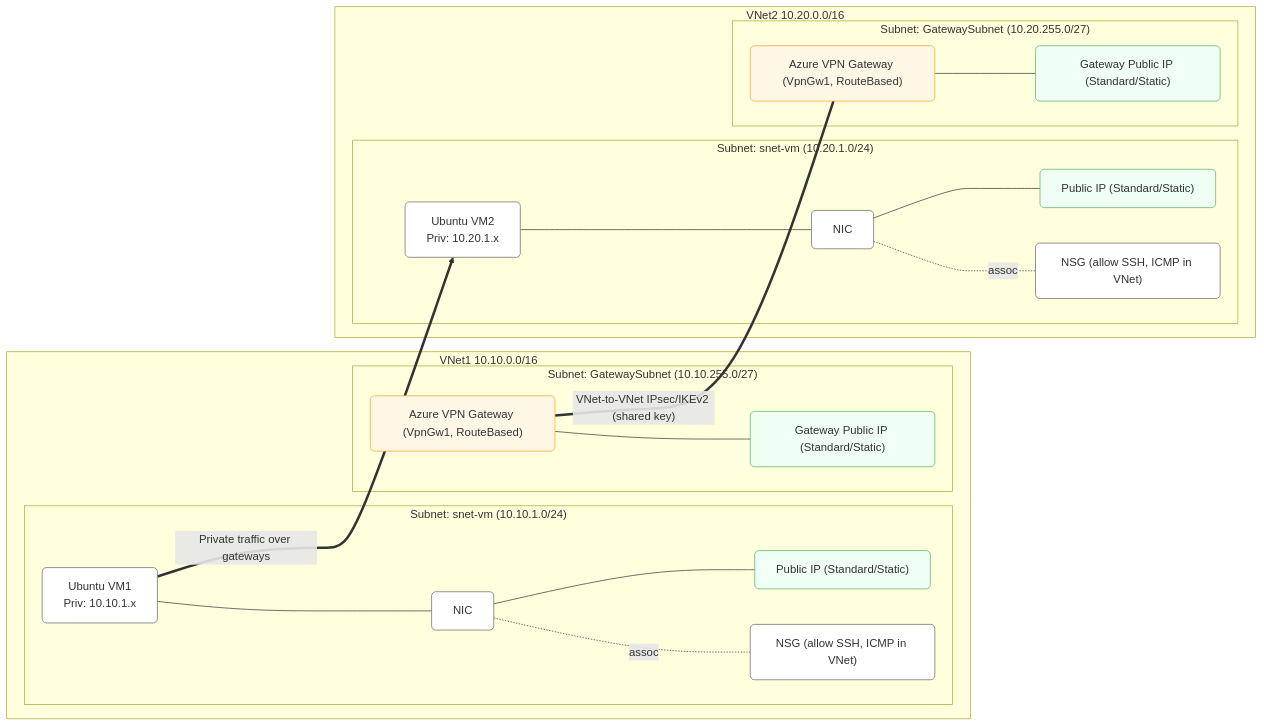
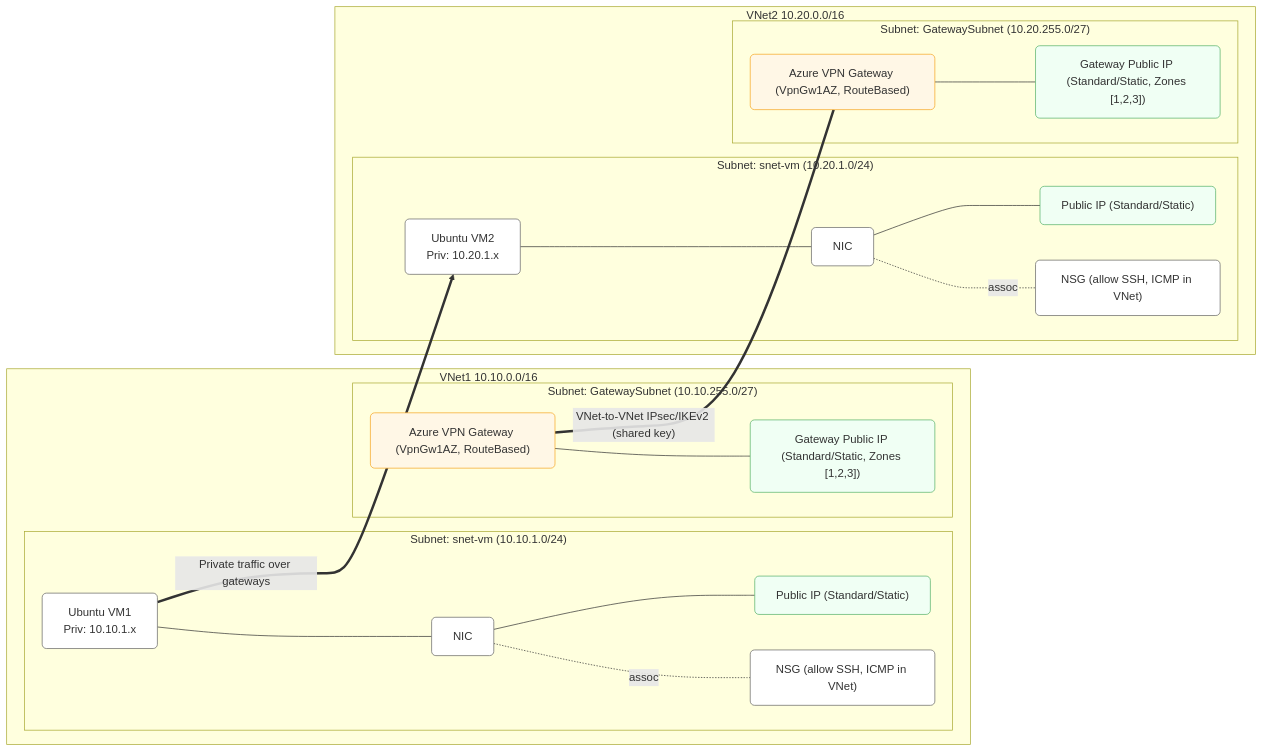
One commit to mildronize/azure-vpn-gateway-with-vm changed the diagram in README.md. Above: the diagram before and after it, drawn with Mermaid. The commit also changed other lines of this file, not shown here.

Commit message:
Update README.md to enhance architecture overview and clarify VPN gateway details

````diff
--- a/README.md
+++ b/README.md
@@ -6,73 +23,60 @@
 ```mermaid
 flowchart LR
   %% ======= Styles =======
   classDef vnet fill:#eaf4ff,stroke:#4a90e2,stroke-width:1px,rx:8px,ry:8px
   classDef subnet fill:#ffffff,stroke:#9fbbe7,rx:6px,ry:6px
   classDef res fill:#fff,stroke:#666,rx:6px,ry:6px
   classDef gw fill:#fff7e6,stroke:#f5a623,rx:6px,ry:6px
   classDef pip fill:#f0fff4,stroke:#57b26a,rx:6px,ry:6px
   classDef nsg fill:#f9f9f9,stroke:#999,stroke-dasharray:3 3,rx:6px,ry:6px
 
-  %% ======= VNet 1 =======
   subgraph V1["VNet1 10.10.0.0/16"]
   class V1 vnet
 
     subgraph V1S1["Subnet: snet-vm (10.10.1.0/24)"]
     class V1S1 subnet
       VM1["Ubuntu VM1<br/>Priv: 10.10.1.x"]
       PIP1["Public IP (Standard/Static)"]
       NIC1["NIC"]
       NSG1["NSG (allow SSH, ICMP in VNet)"]
       VM1 --- NIC1 -. assoc .- NSG1
       NIC1 --- PIP1
     end
 
     subgraph V1S2["Subnet: GatewaySubnet (10.10.255.0/27)"]
     class V1S2 subnet
-      GW1["Azure VPN Gateway (VpnGw1, RouteBased)"]
-      GWPIP1["Gateway Public IP (Standard/Static)"]
+      GW1["Azure VPN Gateway (VpnGw1AZ, RouteBased)"]
+      GWPIP1["Gateway Public IP (Standard/Static, Zones [1,2,3])"]
       GW1 --- GWPIP1
     end
   end
 
-  %% ======= VNet 2 =======
   subgraph V2["VNet2 10.20.0.0/16"]
   class V2 vnet
 
     subgraph V2S1["Subnet: snet-vm (10.20.1.0/24)"]
     class V2S1 subnet
       VM2["Ubuntu VM2<br/>Priv: 10.20.1.x"]
       PIP2["Public IP (Standard/Static)"]
       NIC2["NIC"]
       NSG2["NSG (allow SSH, ICMP in VNet)"]
       VM2 --- NIC2 -. assoc .- NSG2
       NIC2 --- PIP2
     end
 
     subgraph V2S2["Subnet: GatewaySubnet (10.20.255.0/27)"]
     class V2S2 subnet
-      GW2["Azure VPN Gateway (VpnGw1, RouteBased)"]
-      GWPIP2["Gateway Public IP (Standard/Static)"]
+      GW2["Azure VPN Gateway (VpnGw1AZ, RouteBased)"]
+      GWPIP2["Gateway Public IP (Standard/Static, Zones [1,2,3])"]
       GW2 --- GWPIP2
     end
   end
 
-  %% ======= VPN Connection =======
   GW1 ===|"VNet-to-VNet IPsec/IKEv2 (shared key)"| GW2
 
-  %% IMPORTANT: keep a real blank line between links
-
-  %% ======= Traffic Path =======
   VM1 ==>|"Private traffic over gateways"| VM2
 
-  %% Classes
   class VM1,VM2,NIC1,NIC2,NSG1,NSG2,PIP1,PIP2,GWPIP1,GWPIP2 res
   class GW1,GW2 gw
   class PIP1,PIP2,GWPIP1,GWPIP2 pip
-
-  %% Notes
-  %% - No UDR required: routes to remote VNet are injected by VPN Gateways.
-  %% - NSG rules allow SSH from Internet (to PIP) and ICMP within VirtualNetwork.
-  %% - Public IPs for VPN Gateways must be Standard + Static (azurerm v4).
-
 ```
````
